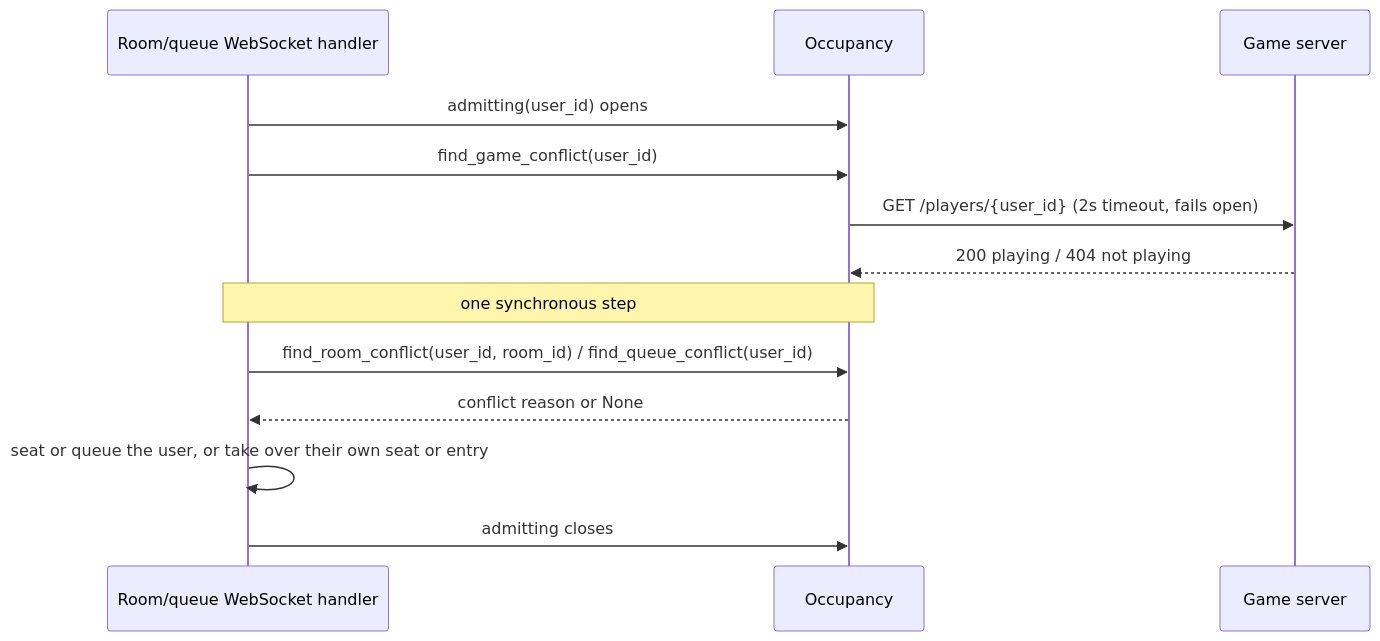
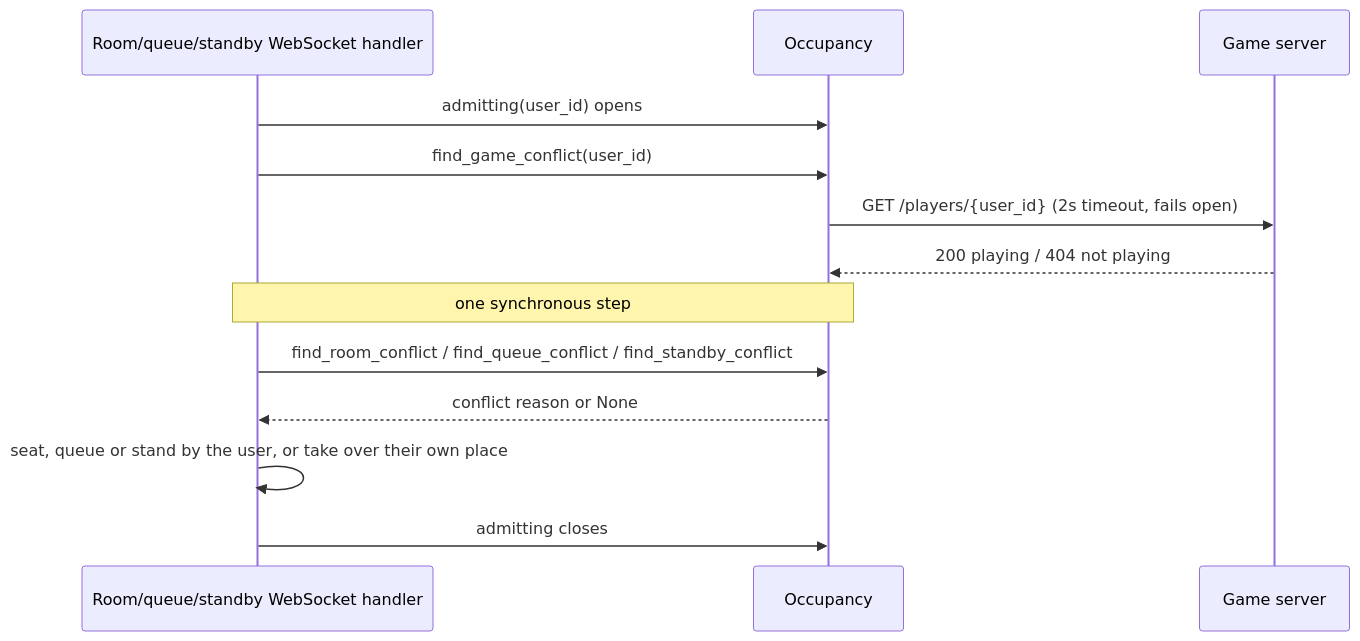
Before and after one commit to MahjongRepository/ronin: the third of 8 diagrams in docs/architecture.md, drawn with Mermaid. The commit also changed other lines of this file and 11 other files, not shown here.

First line of the commit message:
feat: add a bot standby socket and pool to the lobby

````diff
--- a/docs/architecture.md
+++ b/docs/architecture.md
@@ -146,16 +147,16 @@
 ```mermaid
 sequenceDiagram
-    participant H as Room/queue WebSocket handler
+    participant H as Room/queue/standby WebSocket handler
     participant O as Occupancy
     participant G as Game server
 
     H->>O: admitting(user_id) opens
     H->>O: find_game_conflict(user_id)
     O->>G: GET /players/{user_id} (2s timeout, fails open)
     G-->>O: 200 playing / 404 not playing
     Note over H,O: one synchronous step
-    H->>O: find_room_conflict(user_id, room_id) / find_queue_conflict(user_id)
+    H->>O: find_room_conflict / find_queue_conflict / find_standby_conflict
     O-->>H: conflict reason or None
-    H->>H: seat or queue the user, or take over their own seat or entry
+    H->>H: seat, queue or stand by the user, or take over their own place
     H->>O: admitting closes
 ```
````
